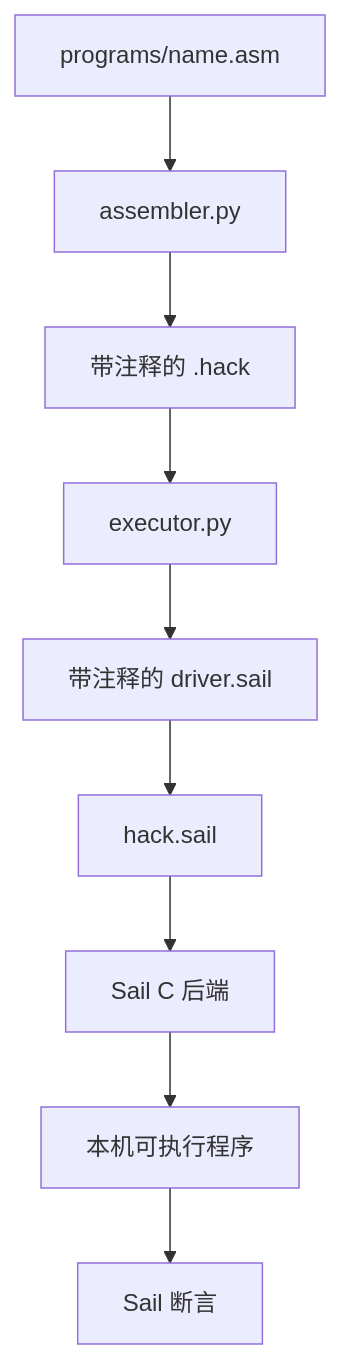
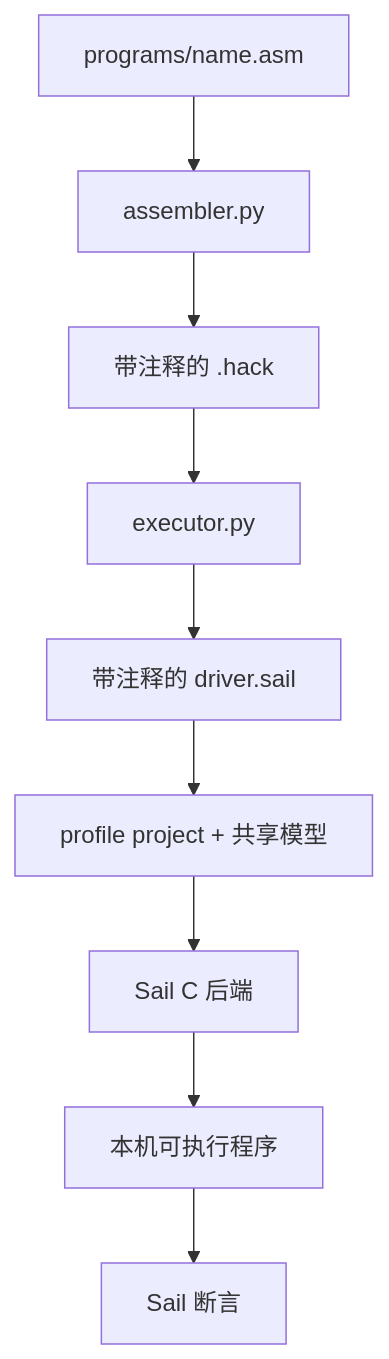
The diagram in site/docs/zh/hack/index.mdx (VIDLG/verylogic-workspace-sail), drawn with Mermaid before and after one commit. The commit also changed other lines of this file and 44 other files, not shown here.

````diff
--- a/site/docs/zh/hack/index.mdx
+++ b/site/docs/zh/hack/index.mdx
@@ -35,11 +36,11 @@
 ```mermaid
 flowchart TD
     Source[programs/name.asm] --> Assembler[assembler.py]
     Assembler --> Machine[带注释的 .hack]
     Machine --> Executor[executor.py]
     Executor --> Driver[带注释的 driver.sail]
-    Driver --> Sail[hack.sail]
+    Driver --> Sail[profile project + 共享模型]
     Sail --> C[Sail C 后端]
     C --> Native[本机可执行程序]
     Native --> Assertions[Sail 断言]
 ```
````
